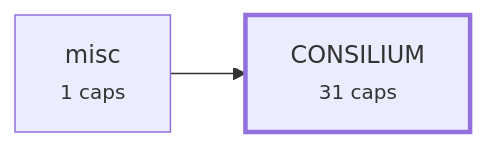
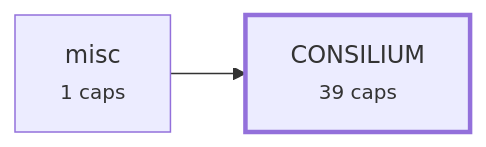
One commit to alxmax/Consilium_Demo changed the third of 4 diagrams in requirements/_map.md. Above: the diagram before and after it, drawn with Mermaid. The commit also changed other lines of this file and 84 other files, not shown here.

````diff
--- a/requirements/_map.md
+++ b/requirements/_map.md
@@ -208,7 +268,7 @@
 ```mermaid
 graph LR
-  a_CONSILIUM["CONSILIUM<br><small>31 caps</small>"]
+  a_CONSILIUM["CONSILIUM<br><small>39 caps</small>"]
   a_misc["misc<br><small>1 caps</small>"]
   a_misc --> a_CONSILIUM
   style a_CONSILIUM stroke-width:3px
 ```
````
